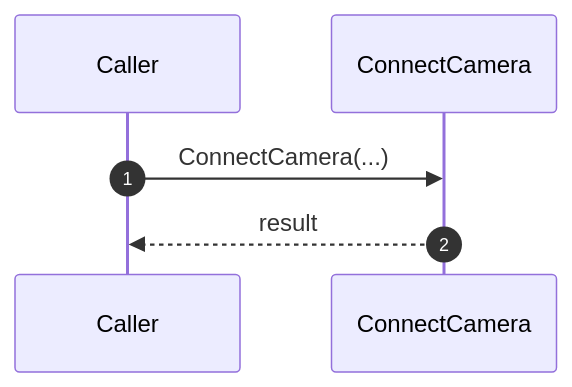
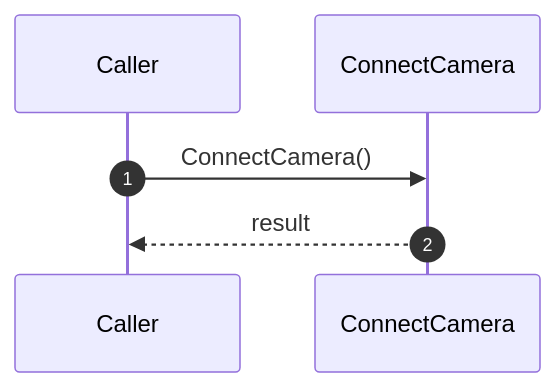
Before and after one commit to HottaTakayuki/ColorAlignmentSoftware: the second of 13 diagrams in docs/UfCamera_詳細設計書/08_メソッド仕様/08-5_連携モジュールメソッド/08-5-1_接続_状態管理補助.md, drawn with Mermaid. The commit also changed other lines of this file and 30 other files, not shown here.

````diff
--- a/docs/UfCamera_詳細設計書/08_メソッド仕様/08-5_連携モジュールメソッド/08-5-1_接続_状態管理補助.md
+++ b/docs/UfCamera_詳細設計書/08_メソッド仕様/08-5_連携モジュールメソッド/08-5-1_接続_状態管理補助.md
@@ -117,9 +114,8 @@
 ```mermaid
 sequenceDiagram
     autonumber
     participant CALLER as Caller
     participant M as ConnectCamera
-
-    CALLER->>M: ConnectCamera(...)
+    CALLER->>M: ConnectCamera()
     M-->>CALLER: result
 ```
````
